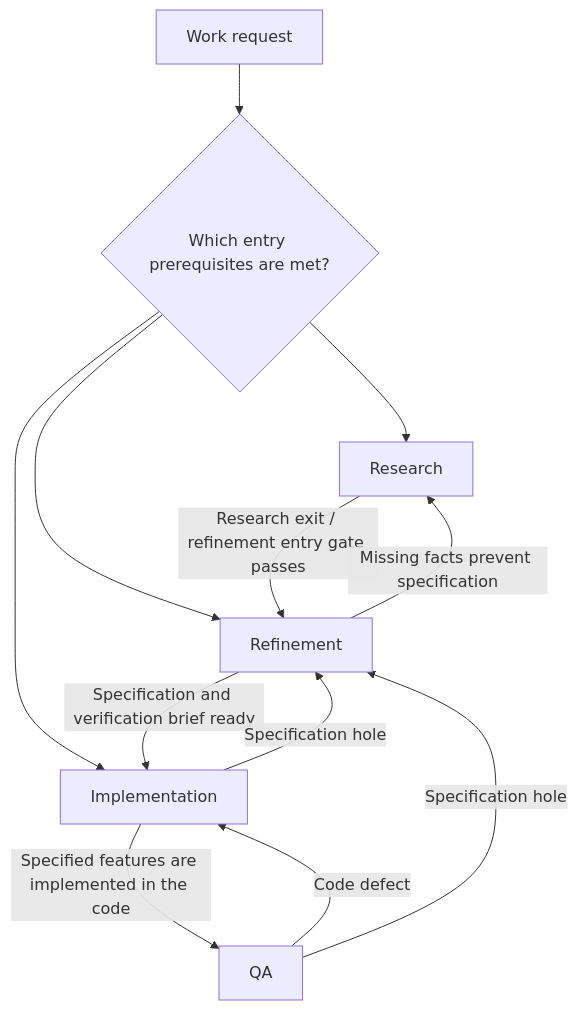
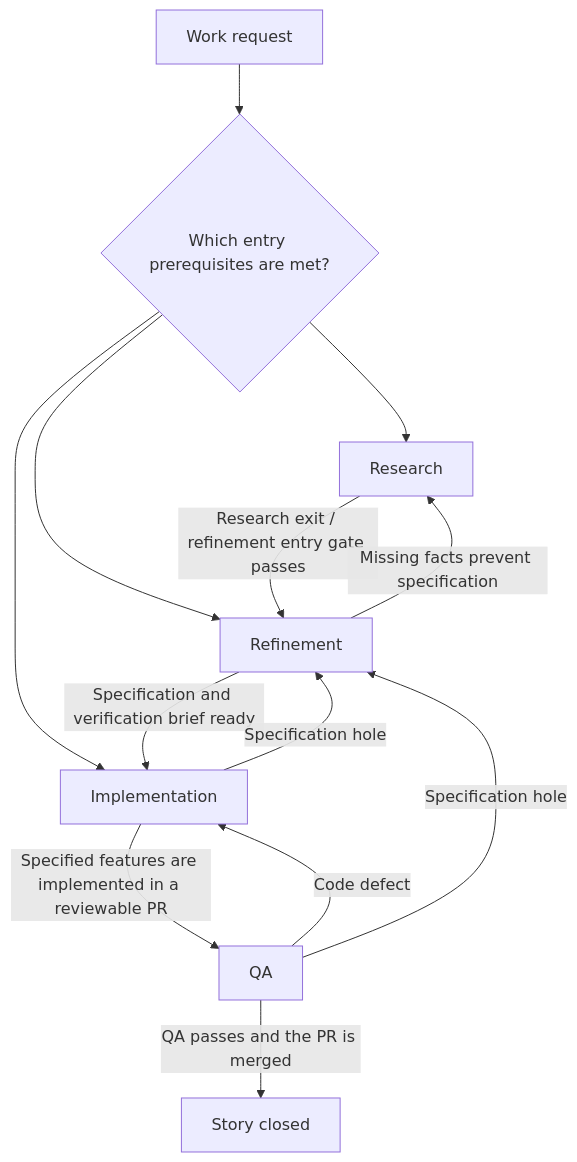
The first of 2 diagrams in skills/workflow/references/lifecycle.md (mikemajara/mstack), drawn with Mermaid before and after one commit. The commit also changed other lines of this file and 7 other files, not shown here.

````diff
--- a/skills/workflow/references/lifecycle.md
+++ b/skills/workflow/references/lifecycle.md
@@ -13,14 +13,15 @@
 ```mermaid
 flowchart TD
     Request[Work request] --> Entry{Which entry prerequisites are met?}
     Entry --> Research[Research]
     Entry --> Refine[Refinement]
     Entry --> Implement[Implementation]
     Research -->|Research exit / refinement entry gate passes| Refine
     Refine -->|Specification and verification brief ready| Implement
     Refine -->|Missing facts prevent specification| Research
-    Implement -->|Specified features are implemented in the code| QA[QA]
+    Implement -->|Specified features are implemented in a reviewable PR| QA[QA]
     Implement -->|Specification hole| Refine
     QA -->|Code defect| Implement
     QA -->|Specification hole| Refine
+    QA -->|QA passes and the PR is merged| Closed[Story closed]
 ```
````
